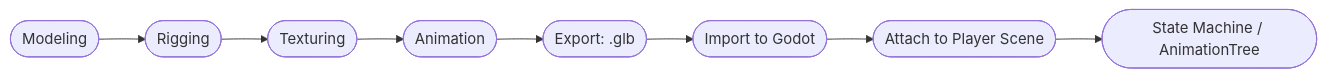
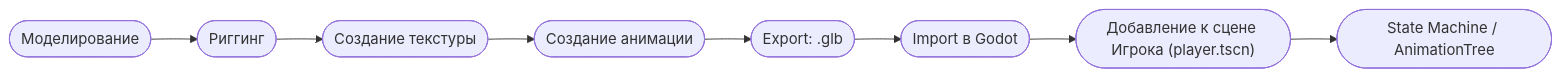
The diagram in docs/design/player/player-design.md (KontsertKishlaka/smash-the-creep), drawn with Mermaid before and after one commit. The commit also changed other lines of this file and 2 other files, not shown here.

````diff
--- a/docs/design/player/player-design.md
+++ b/docs/design/player/player-design.md
@@ -109,10 +109,10 @@
 ```mermaid
 flowchart LR
-  A([Modeling]) --> B([Rigging])
-  B --> C([Texturing])
-  C --> D([Animation])
-  D --> E([Export: .glb])
-  E --> F([Import to Godot])
-  F --> G([Attach to Player Scene])
-  G --> H([State Machine / AnimationTree])
+  A(["Моделирование"]) --> B(["Риггинг"])
+  B --> C(["Создание текстуры"])
+  C --> D(["Создание анимации"])
+  D --> E(["Export: .glb"])
+  E --> F(["Import в Godot"])
+  F --> G(["Добавление к сцене Игрока (player.tscn)"])
+  G --> H(["State Machine / AnimationTree"])
 ```
````
